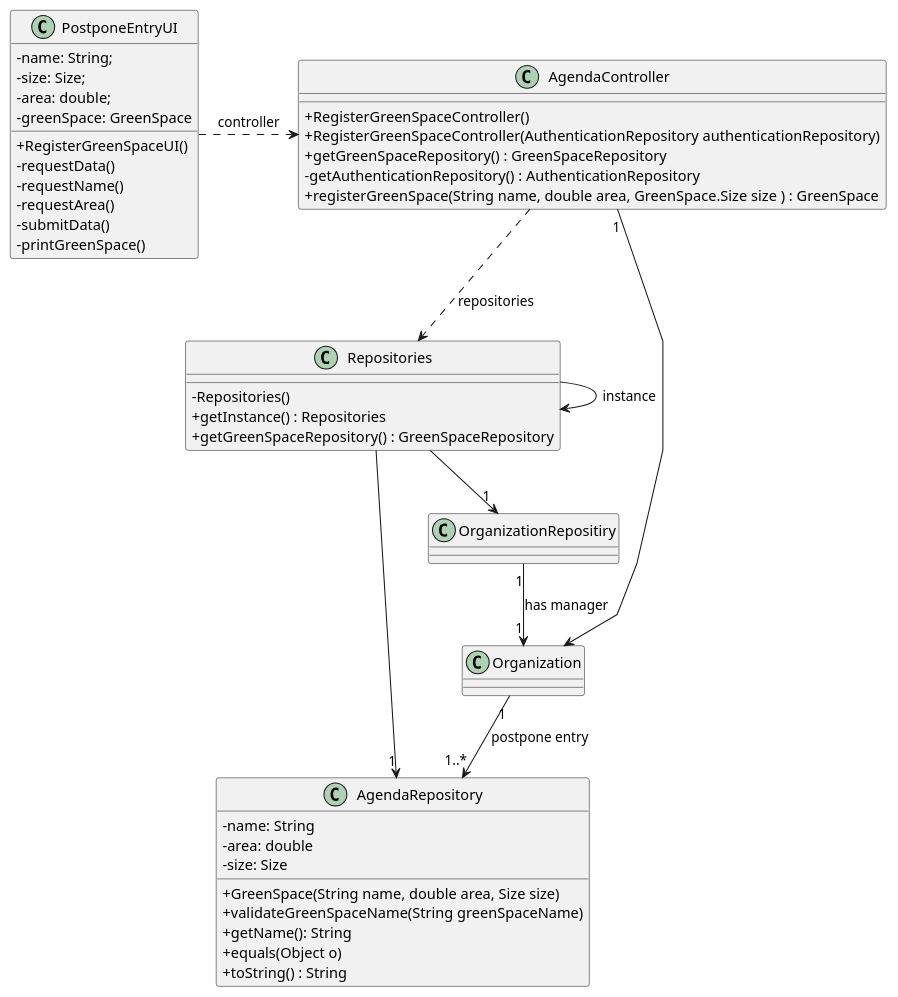
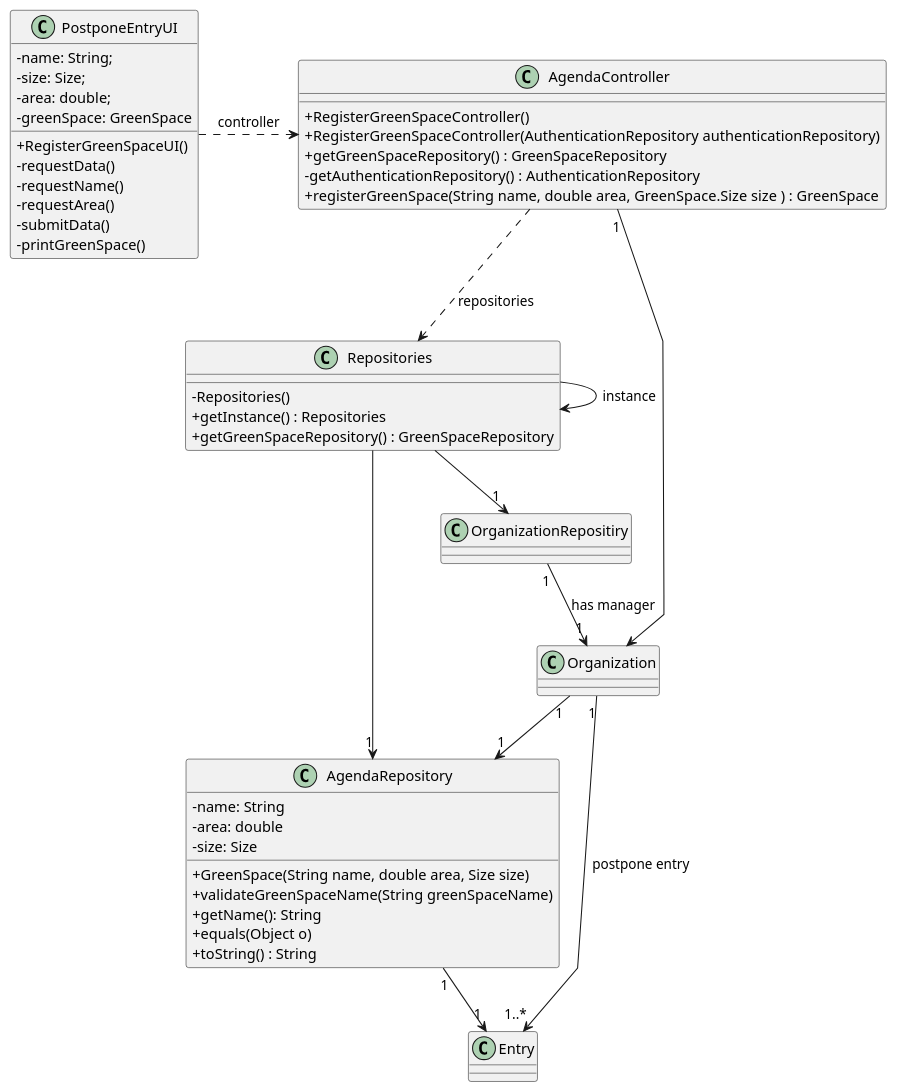
The diagram in docs/SprintC/us025/03.design/puml/us025-class-diagram.puml (Departamento-de-Engenharia-Informatica/lei-24-s2-1df-1de-g063), drawn with PlantUML before and after one commit. The commit also changed 7 other files, not shown here.

```diff
--- a/docs/SprintC/us025/03.design/puml/us025-class-diagram.puml
+++ b/docs/SprintC/us025/03.design/puml/us025-class-diagram.puml
@@ -1,73 +1,75 @@
 @startuml
 'skinparam monochrome true
 skinparam packageStyle rectangle
 skinparam shadowing false
 skinparam linetype polyline
 'skinparam linetype orto
 
 skinparam classAttributeIconSize 0
 
 'left to right direction
 
 class PostponeEntryUI{
 -name: String;
 -size: Size;
 -area: double;
 -greenSpace: GreenSpace
 
 +RegisterGreenSpaceUI()
 -requestData()
 -requestName()
 -requestArea()
 -submitData()
 -printGreenSpace()
 }
 
 class AgendaController{
 
     +RegisterGreenSpaceController()
     +RegisterGreenSpaceController(AuthenticationRepository authenticationRepository)
     +getGreenSpaceRepository() : GreenSpaceRepository
     -getAuthenticationRepository() : AuthenticationRepository
     +registerGreenSpace(String name, double area, GreenSpace.Size size ) : GreenSpace
 }
 
 class Repositories{
     - Repositories()
     + getInstance() : Repositories
     + getGreenSpaceRepository() : GreenSpaceRepository
 }
 
 'class GreenSpaceRepository{
  '   +GreenSpaceRepository()
   '  +getInstance() : GreenSpaceRepository
    ' +addGreenSpace(GreenSpace greenSpace)
     '+List<GreenSpace> getGreenSpaces()
 '}
 
 class Organization{}
 
 class AgendaRepository{
     -name: String
     -area: double
     -size: Size
 
     +GreenSpace(String name, double area, Size size)
     +validateGreenSpaceName(String greenSpaceName)
     +getName(): String
     +equals(Object o)
     +toString() : String
 }
 
 PostponeEntryUI .> AgendaController : controller
 AgendaController ..> Repositories : repositories
 'Repositories -down-> "1" GreenSpaceRepository
 Repositories --> Repositories: instance
 Repositories -down-> "1" OrganizationRepositiry
 OrganizationRepositiry "1" --> "1" Organization : has manager
 'GreenSpaceRepository "1" --> "1" Organization
 AgendaController "1" --> Organization
-Organization "1" --> "1..*" AgendaRepository : postpone entry
+Organization "1" --> "1..*" Entry : postpone entry
 Repositories --> "1" AgendaRepository
+AgendaRepository "1" --> "1" Entry
+Organization "1" --> "1" AgendaRepository
 
 @enduml
```
